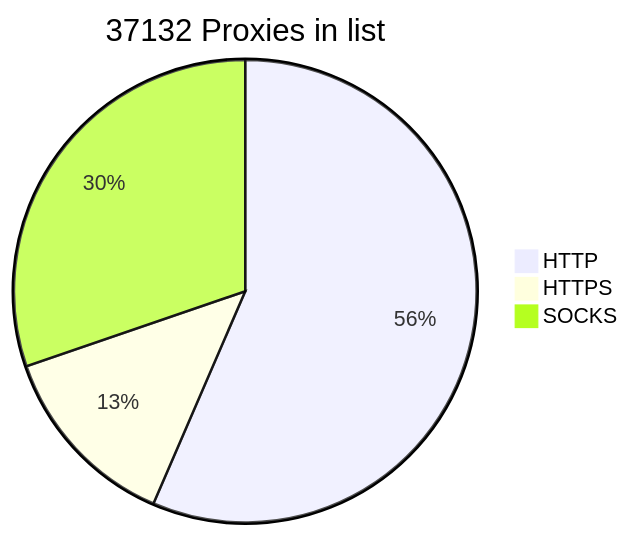
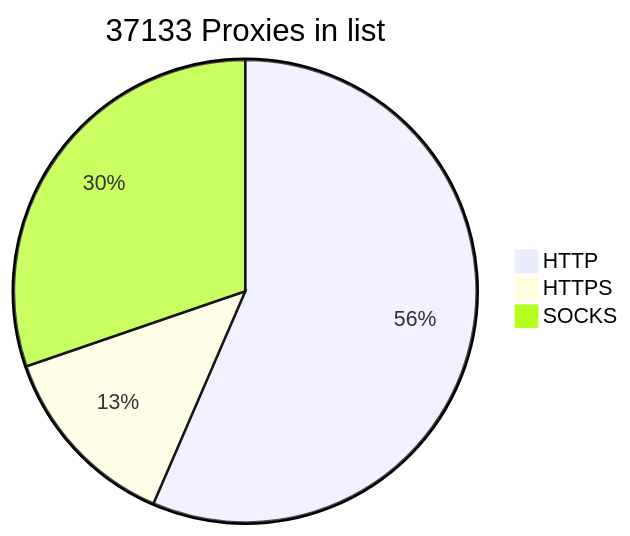
The diagram in README.md (BlackSnowDot/proxylist-update-every-minute), drawn with Mermaid before and after one commit.

````diff
--- a/README.md
+++ b/README.md
@@ -2,6 +2,6 @@
 ```mermaid
-pie title 37132 Proxies in list
+pie title 37133 Proxies in list
     "HTTP" : 23309
     "HTTPS": 5465
-    "SOCKS" : 12484
+    "SOCKS" : 12485
 ```
````
